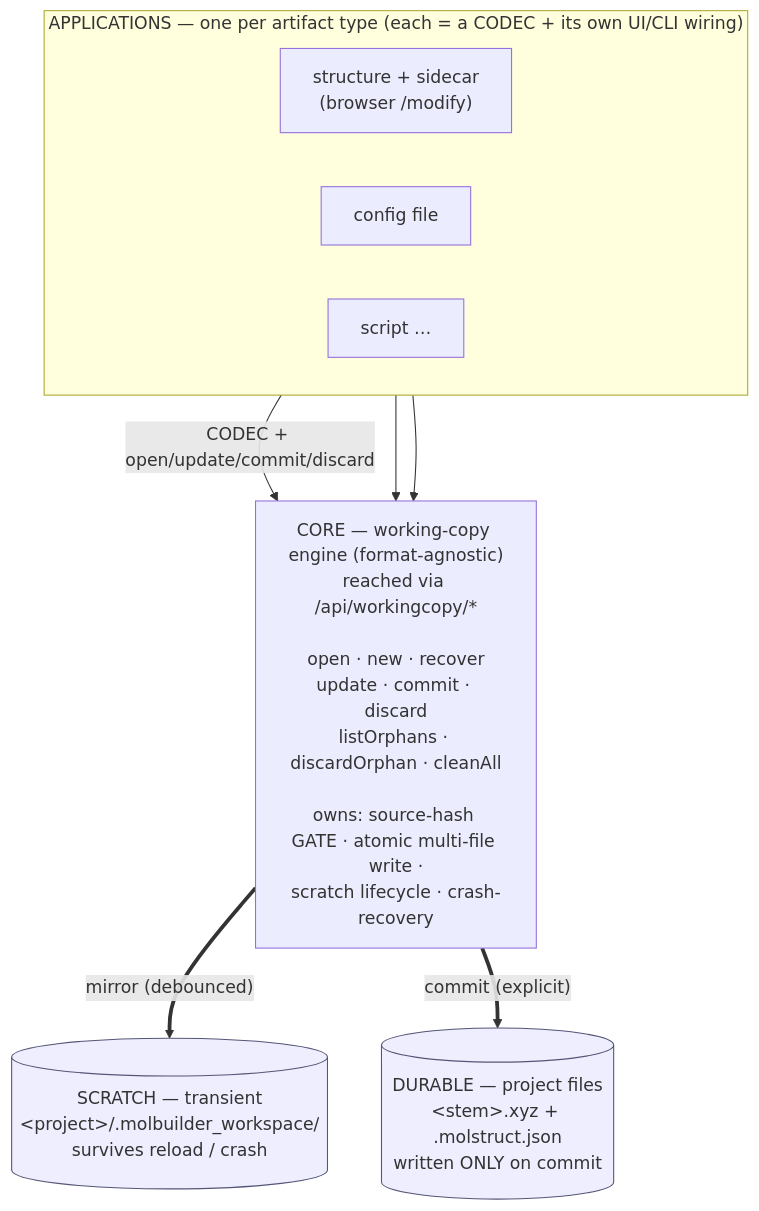
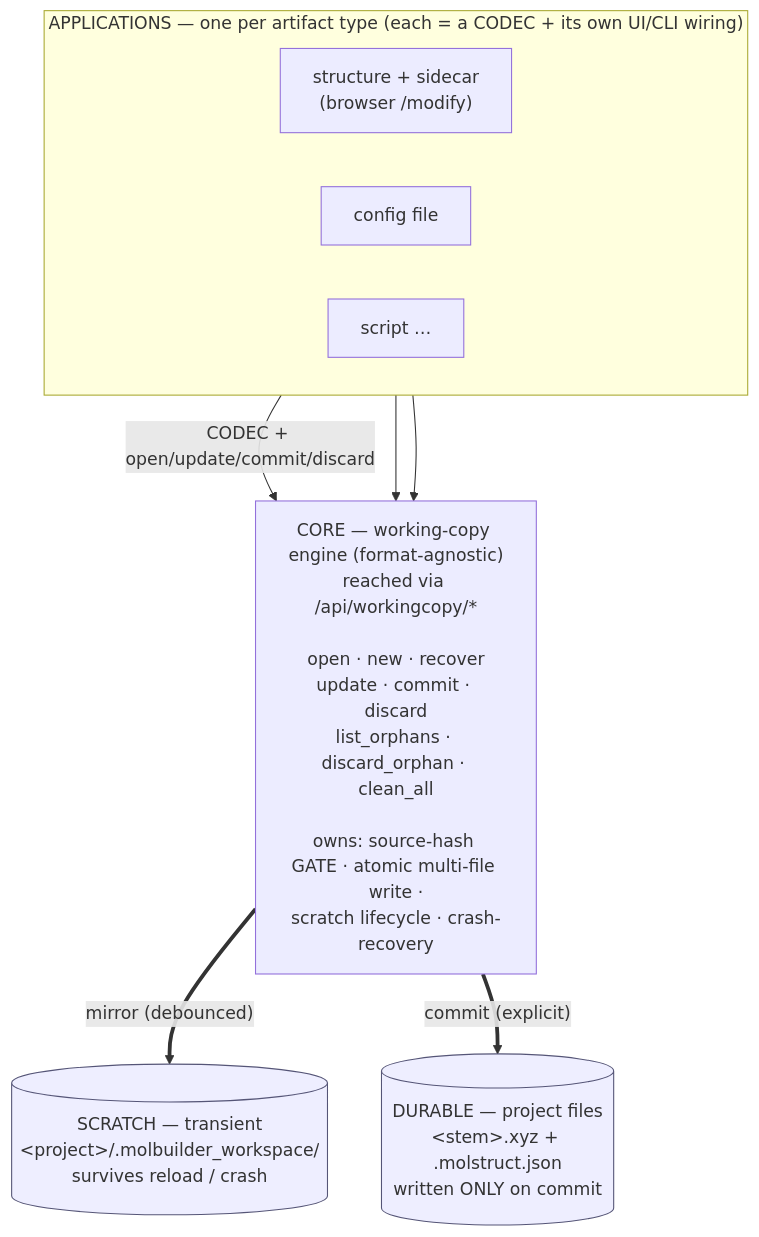
One commit to Qing-LAB/molbuilder changed the first of 3 diagrams in docs/protocols/working-copy-persistence.md. Above: the diagram before and after it, drawn with Mermaid. The commit also changed other lines of this file, not shown here.

First line of the commit message:
docs: clean up working-copy doc -- mermaid throughout, snake_case, consistent force

````diff
--- a/docs/protocols/working-copy-persistence.md
+++ b/docs/protocols/working-copy-persistence.md
@@ -93,24 +93,24 @@
 ```mermaid
 flowchart TD
     subgraph APP["APPLICATIONS — one per artifact type (each = a CODEC + its own UI/CLI wiring)"]
         direction LR
         A1["structure + sidecar<br/>(browser /modify)"]
         A2["config file"]
         A3["script …"]
     end
 
-    CORE["CORE — working-copy engine (format-agnostic)<br/>reached via /api/workingcopy/*<br/><br/>open · new · recover<br/>update · commit · discard<br/>listOrphans · discardOrphan · cleanAll<br/><br/>owns: source-hash GATE · atomic multi-file write ·<br/>scratch lifecycle · crash-recovery"]
+    CORE["CORE — working-copy engine (format-agnostic)<br/>reached via /api/workingcopy/*<br/><br/>open · new · recover<br/>update · commit · discard<br/>list_orphans · discard_orphan · clean_all<br/><br/>owns: source-hash GATE · atomic multi-file write ·<br/>scratch lifecycle · crash-recovery"]
 
     SCR[("SCRATCH — transient<br/>&lt;project&gt;/.molbuilder_workspace/<br/>survives reload / crash")]
     DUR[("DURABLE — project files<br/>&lt;stem&gt;.xyz + .molstruct.json<br/>written ONLY on commit")]
 
     A1 -- "CODEC + open/update/commit/discard" --> CORE
     A2 --> CORE
     A3 --> CORE
 
     CORE == "mirror (debounced)" ==> SCR
     CORE == "commit (explicit)" ==> DUR
 
     classDef store fill:#eef,stroke:#557;
     class SCR,DUR store;
 ```
````
